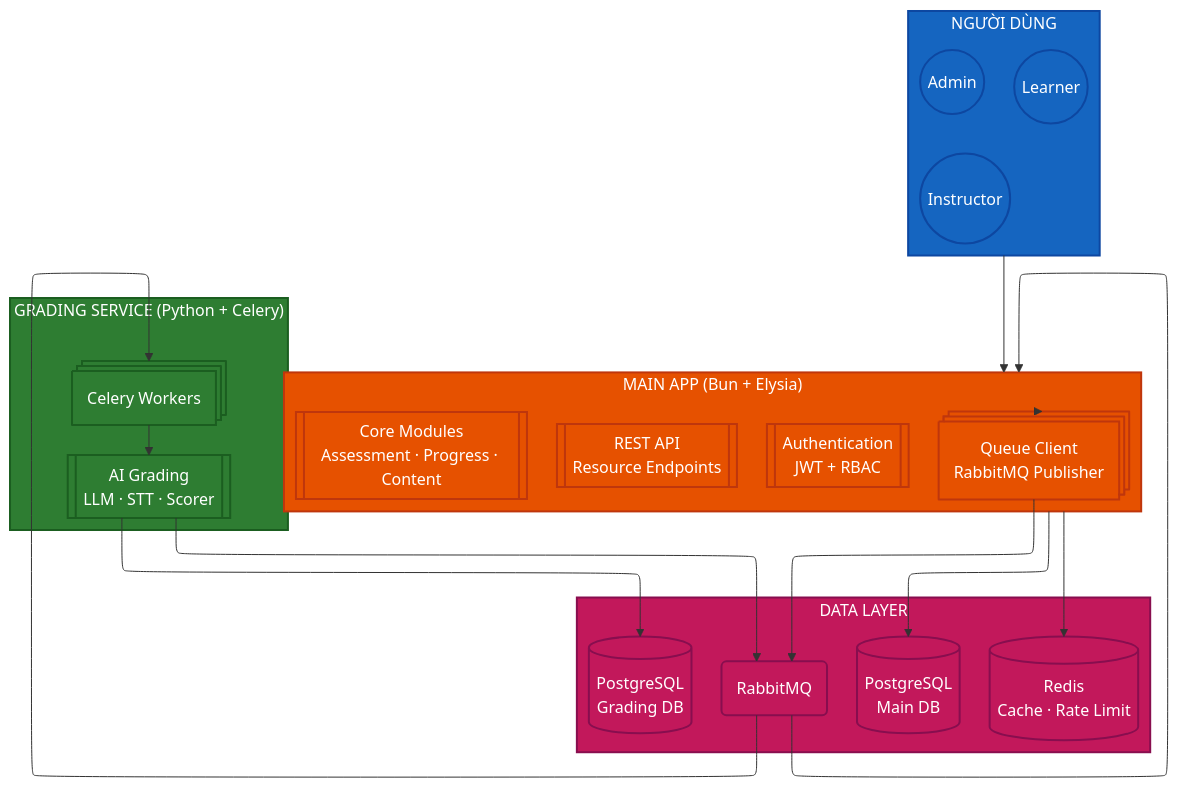
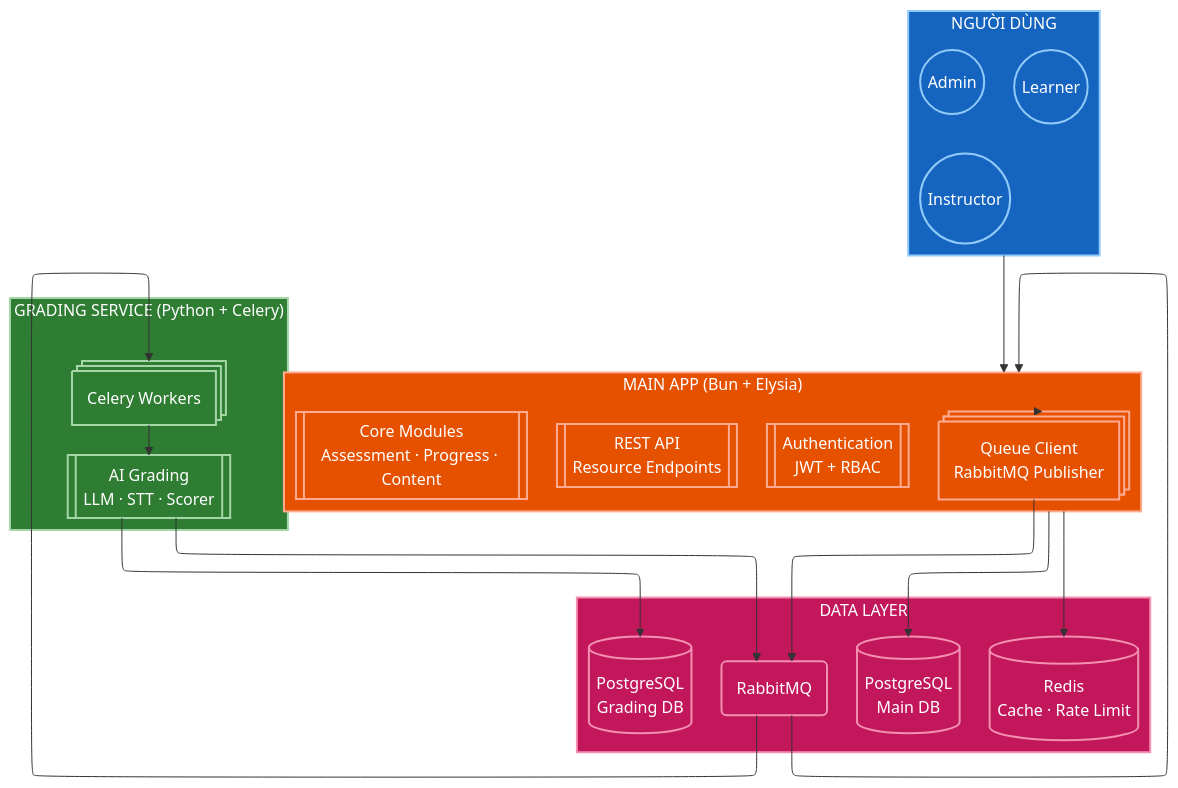
Before and after one commit to nghyane/VSTEP: the first of 12 diagrams in docs/capstone/diagrams/flow-diagrams.vi.md, drawn with Mermaid. The commit also changed other lines of this file, not shown here.

First line of the commit message:
fix(docs): optimize diagram colors for dark/light mode compatibility

````diff
--- a/docs/capstone/diagrams/flow-diagrams.vi.md
+++ b/docs/capstone/diagrams/flow-diagrams.vi.md
@@ -9,57 +9,57 @@
 ```mermaid
 ---
 config:
   layout: elk
   theme: default
 ---
 flowchart TB
     subgraph Users["NGƯỜI DÙNG"]
         direction LR
         L@{ shape: circle, label: "Learner" }
         I@{ shape: circle, label: "Instructor" }
         A@{ shape: circle, label: "Admin" }
     end
 
     subgraph BunApp["MAIN APP (Bun + Elysia)"]
         direction TB
         Auth@{ shape: fr-rect, label: "Authentication\nJWT + RBAC" }
         API@{ shape: fr-rect, label: "REST API\nResource Endpoints" }
         Core@{ shape: fr-rect, label: "Core Modules\nAssessment · Progress · Content" }
         QueueClient@{ shape: st-rect, label: "Queue Client\nRabbitMQ Publisher" }
     end
 
     subgraph GradingService["GRADING SERVICE (Python + Celery)"]
         direction TB
         Worker@{ shape: st-rect, label: "Celery Workers" }
         Grader@{ shape: fr-rect, label: "AI Grading\nLLM · STT · Scorer" }
     end
 
     subgraph DataLayer["DATA LAYER"]
         direction LR
         MainDB@{ shape: cyl, label: "PostgreSQL\nMain DB" }
         GradingDB@{ shape: cyl, label: "PostgreSQL\nGrading DB" }
         MQ@{ shape: rounded, label: "RabbitMQ" }
         Redis@{ shape: cyl, label: "Redis\nCache · Rate Limit" }
     end
 
     Users --> BunApp
     BunApp --> MainDB
     BunApp --> Redis
     BunApp --> QueueClient
     QueueClient --> MQ
     MQ --> Worker
     Worker --> Grader
     Grader --> GradingDB
     Grader --> MQ
     MQ --> BunApp
 
-    classDef users fill:#1565c0,stroke:#0d47a1,stroke-width:2px,color:#fff
-    classDef bun fill:#e65100,stroke:#bf360c,stroke-width:2px,color:#fff
-    classDef python fill:#2e7d32,stroke:#1b5e20,stroke-width:2px,color:#fff
-    classDef data fill:#c2185b,stroke:#880e4f,stroke-width:2px,color:#fff
+    classDef users fill:#1565c0,stroke:#90caf9,stroke-width:2px,color:#fff
+    classDef bun fill:#e65100,stroke:#ffab91,stroke-width:2px,color:#fff
+    classDef python fill:#2e7d32,stroke:#a5d6a7,stroke-width:2px,color:#fff
+    classDef data fill:#c2185b,stroke:#f48fb1,stroke-width:2px,color:#fff
 
     class Users,L,I,A users
     class BunApp,Auth,API,Core,QueueClient bun
     class GradingService,Worker,Grader python
     class DataLayer,MainDB,GradingDB,MQ,Redis data
 ```
````
